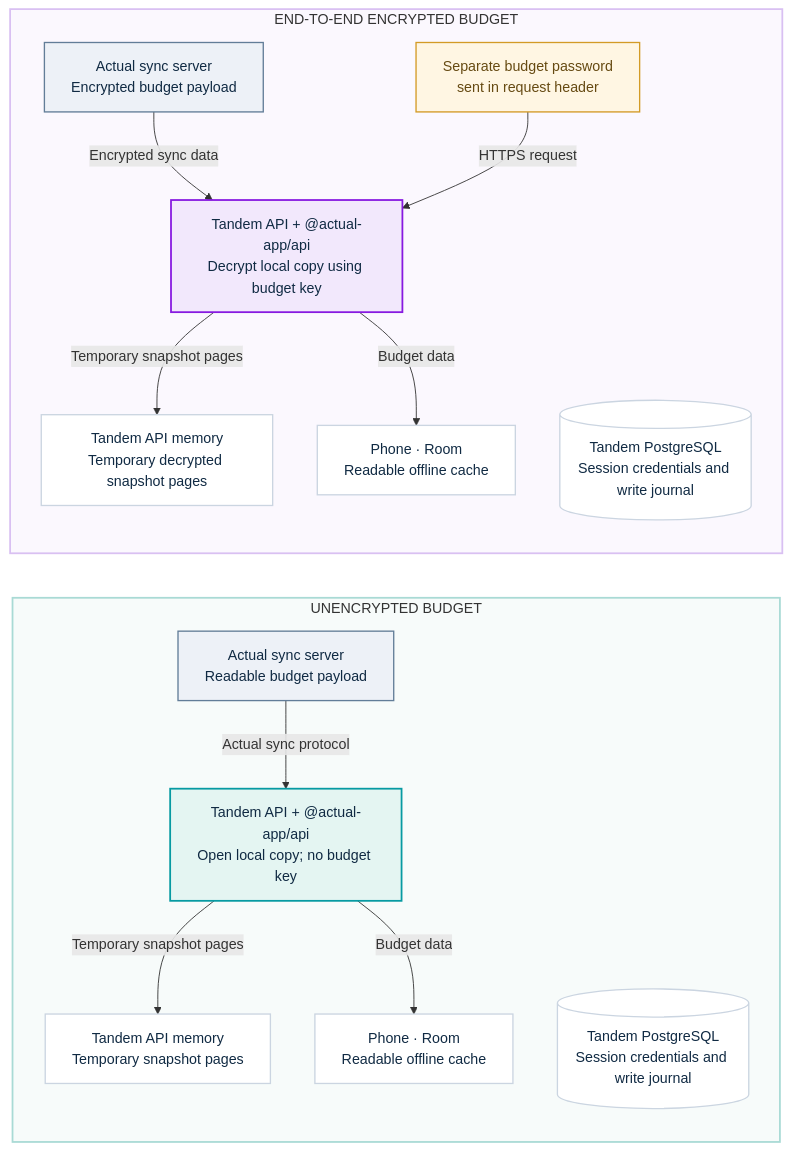
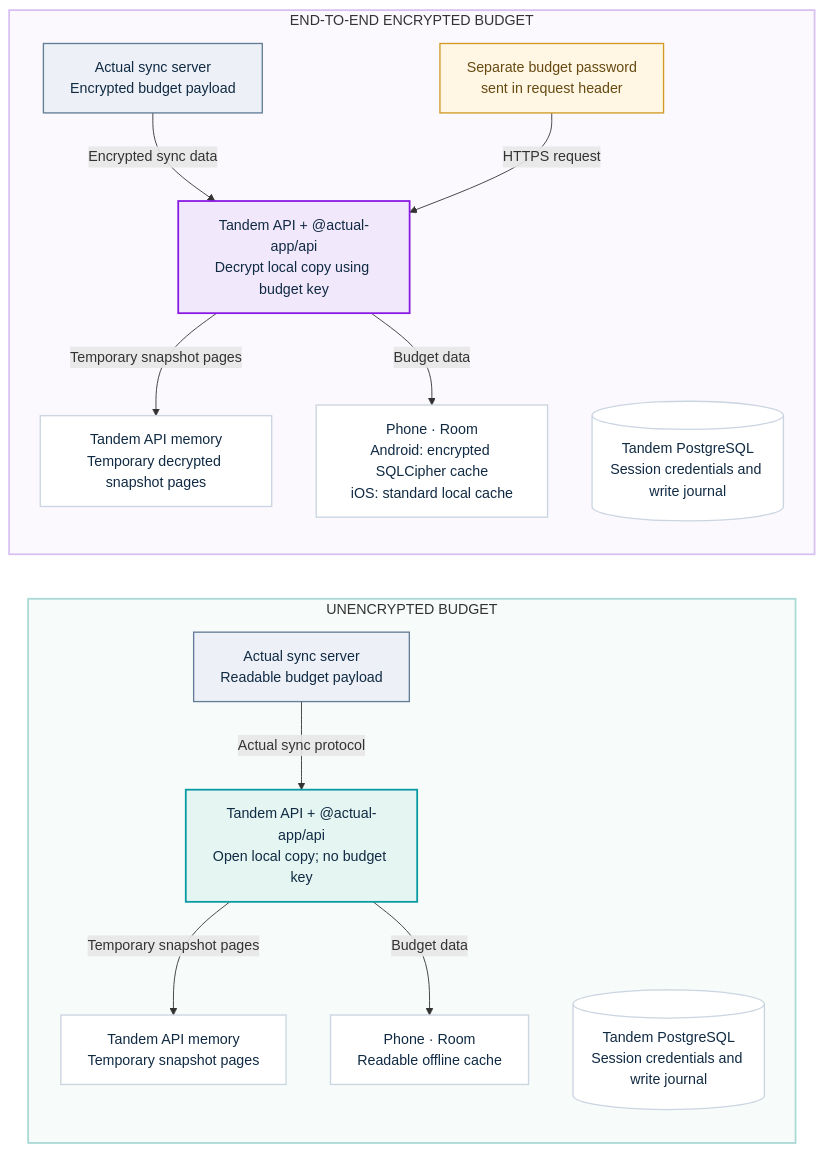
The diagram in docs/concepts/architecture-and-trust.md (Nischay-Pro/tandem), drawn with Mermaid before and after one commit. The commit also changed other lines of this file and 12 other files, not shown here.

````diff
--- a/docs/concepts/architecture-and-trust.md
+++ b/docs/concepts/architecture-and-trust.md
@@ -44,41 +44,41 @@
 ```mermaid
 flowchart LR
   subgraph plain["UNENCRYPTED BUDGET"]
     direction TB
     plainServer["Actual sync server<br/>Readable budget payload"]
     plainApi["Tandem API + @actual-app/api<br/>Open local copy; no budget key"]
     plainDb[("Tandem PostgreSQL<br/>Session credentials and write journal")]
     plainMemory["Tandem API memory<br/>Temporary snapshot pages"]
     plainPhone["Phone · Room<br/>Readable offline cache"]
     plainServer -->|"Actual sync protocol"| plainApi
     plainApi -->|"Temporary snapshot pages"| plainMemory
     plainApi -->|"Budget data"| plainPhone
   end
 
   subgraph encrypted["END-TO-END ENCRYPTED BUDGET"]
     direction TB
     encryptedServer["Actual sync server<br/>Encrypted budget payload"]
     encryptedApi["Tandem API + @actual-app/api<br/>Decrypt local copy using budget key"]
     encryptedDb[("Tandem PostgreSQL<br/>Session credentials and write journal")]
     encryptedMemory["Tandem API memory<br/>Temporary decrypted snapshot pages"]
-    encryptedPhone["Phone · Room<br/>Readable offline cache"]
+    encryptedPhone["Phone · Room<br/>Android: encrypted SQLCipher cache<br/>iOS: standard local cache"]
     budgetKey["Separate budget password<br/>sent in request header"]
     encryptedServer -->|"Encrypted sync data"| encryptedApi
     budgetKey -->|"HTTPS request"| encryptedApi
     encryptedApi -->|"Temporary snapshot pages"| encryptedMemory
     encryptedApi -->|"Budget data"| encryptedPhone
   end
 
   classDef server fill:#EDF1F7,stroke:#627D98,color:#102A43,stroke-width:1.5px;
   classDef plainService fill:#E4F5F2,stroke:#079AA2,color:#102A43,stroke-width:2px;
   classDef encryptedService fill:#F2E8FC,stroke:#8719E0,color:#102A43,stroke-width:2px;
   classDef store fill:#FFFFFF,stroke:#CBD5E1,color:#102A43,stroke-width:1.5px;
   classDef secret fill:#FFF6E3,stroke:#D39B26,color:#664A12,stroke-width:1.5px;
   class plainServer,encryptedServer server;
   class plainApi plainService;
   class encryptedApi encryptedService;
   class plainDb,plainMemory,plainPhone,encryptedDb,encryptedMemory,encryptedPhone store;
   class budgetKey secret;
   style plain fill:#F7FBFA,stroke:#A9DAD5,stroke-width:2px;
   style encrypted fill:#FBF8FE,stroke:#D9C0F2,stroke-width:2px;
 ```
````
